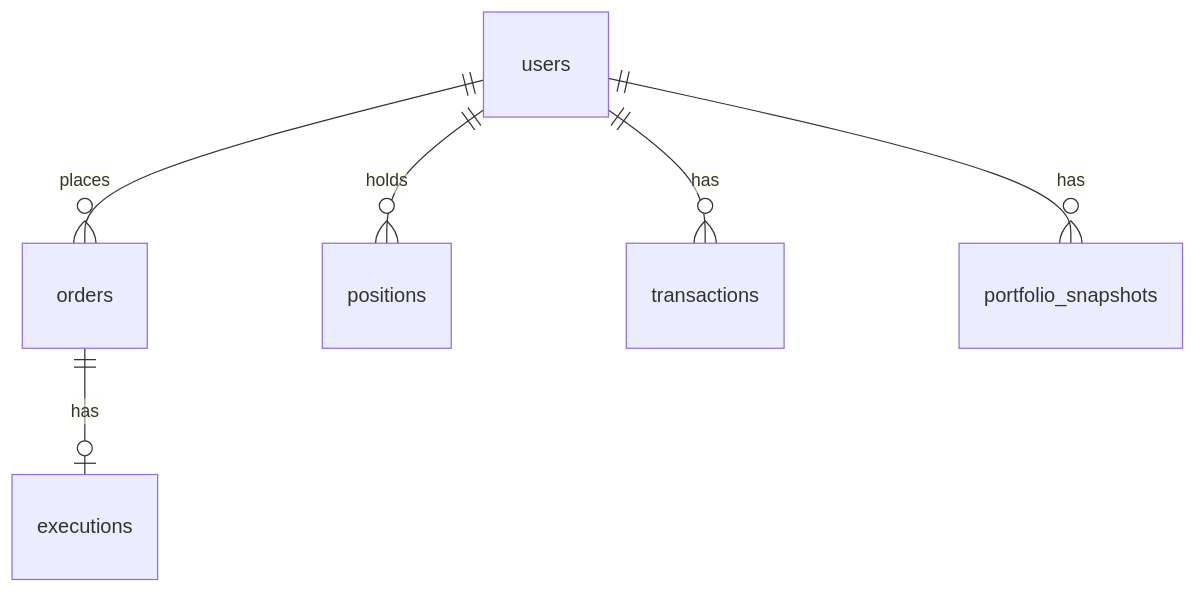
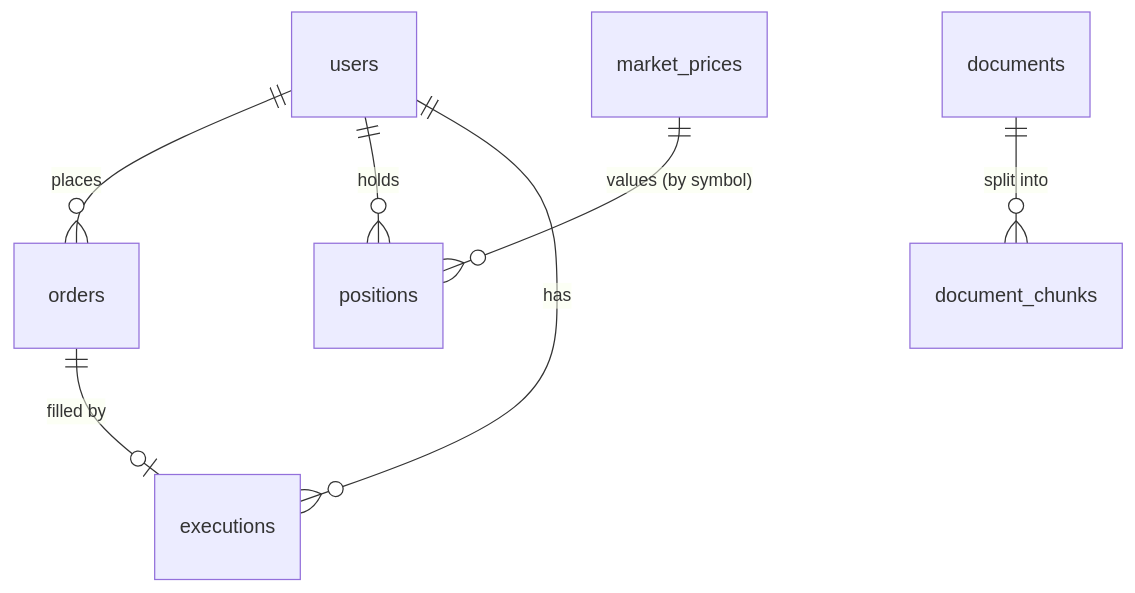
Before and after one commit to Suniljadaun/MultiThreadedCrawler: the diagram in docs/database.md, drawn with Mermaid. The commit also changed other lines of this file and 12 other files, not shown here.

Commit message:
docs: add consistency, reliability, testing, security, deployment and runbooks; align diagrams with code

````diff
--- a/docs/database.md
+++ b/docs/database.md
@@ -22,8 +25,9 @@
 ```mermaid
 erDiagram
     users ||--o{ orders : places
-    orders ||--o| executions : has
     users ||--o{ positions : holds
-    users ||--o{ transactions : has
-    users ||--o{ portfolio_snapshots : has
+    users ||--o{ executions : has
+    orders ||--o| executions : "filled by"
+    market_prices ||--o{ positions : "values (by symbol)"
+    documents ||--o{ document_chunks : "split into"
 ```
````
